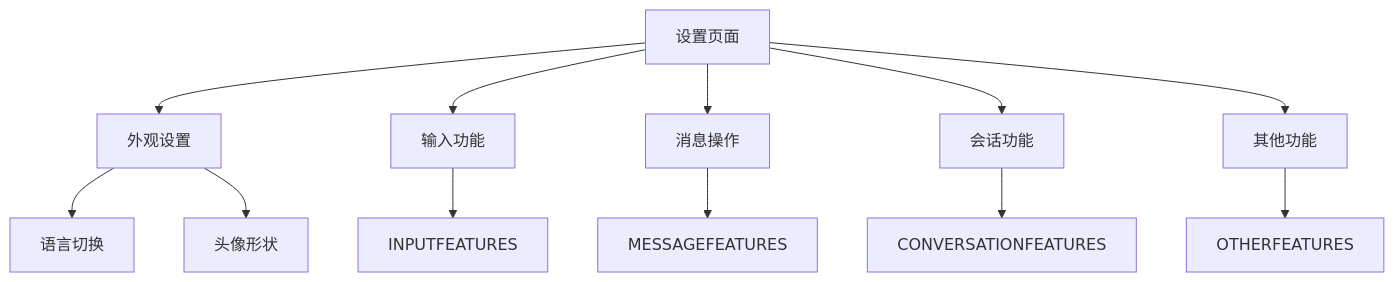
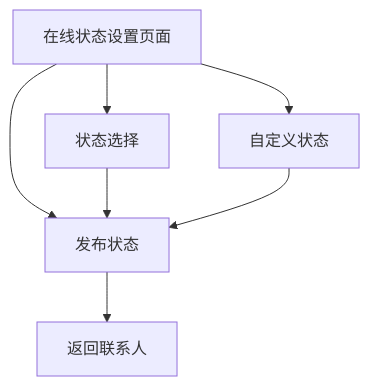
The fourth of 13 diagrams in .qoder/repowiki/zh/content/示例应用/示例应用.md (Easemob-Community/easemob-uikit-uniapp-community), drawn with Mermaid before and after one commit. The commit also changed other lines of this file and 5 other files, not shown here.

````diff
--- a/.qoder/repowiki/zh/content/示例应用/示例应用.md
+++ b/.qoder/repowiki/zh/content/示例应用/示例应用.md
@@ -316,22 +359,14 @@
 ```mermaid
 graph TB
-SETTINGS["设置页面"]
-THEME["外观设置"]
-LANG["语言切换"]
-AVATAR["头像形状"]
-INPUT["输入功能"]
-MESSAGE["消息操作"]
-CONVERSATION["会话功能"]
-OTHER["其他功能"]
-THEME --> LANG
-THEME --> AVATAR
-INPUT --> INPUTFEATURES
-MESSAGE --> MESSAGEFEATURES
-CONVERSATION --> CONVERSATIONFEATURES
-OTHER --> OTHERFEATURES
-SETTINGS --> THEME
-SETTINGS --> INPUT
-SETTINGS --> MESSAGE
-SETTINGS --> CONVERSATION
-SETTINGS --> OTHER
+PRESENCE["在线状态设置页面"]
+STATUS["状态选择"]
+CUSTOM["自定义状态"]
+PUBLISH["发布状态"]
+BACK["返回联系人"]
+PRESENCE --> STATUS
+PRESENCE --> CUSTOM
+PRESENCE --> PUBLISH
+PUBLISH --> BACK
+STATUS --> PUBLISH
+CUSTOM --> PUBLISH
 ```
````
